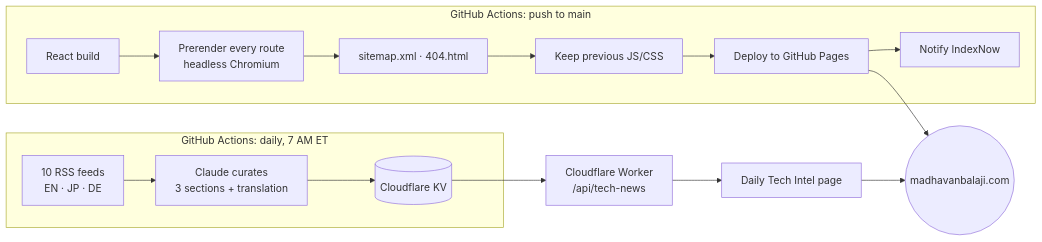
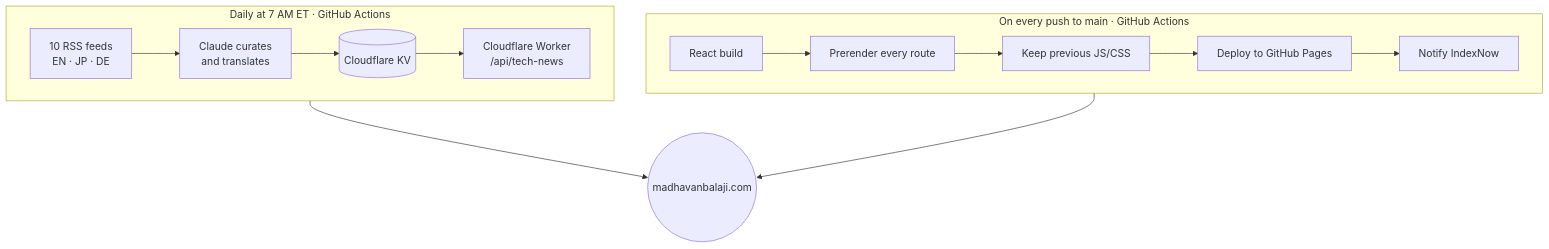
Before and after one commit to madhavanbalaji02/madhavan-portfolio: the diagram in README.md, drawn with Mermaid.

Commit message:
README: stack the architecture diagram vertically so it stays readable

````diff
--- a/README.md
+++ b/README.md
@@ -68,18 +68,13 @@
 ```mermaid
-flowchart LR
-  subgraph Build["GitHub Actions: push to main"]
-    A[React build] --> B[Prerender every route<br/>headless Chromium]
-    B --> C[sitemap.xml · 404.html]
-    C --> D[Keep previous JS/CSS]
-    D --> E[Deploy to GitHub Pages]
-    E --> F[Notify IndexNow]
+flowchart TB
+  subgraph Build["On every push to main · GitHub Actions"]
+    direction LR
+    A[React build] --> B[Prerender every route] --> C[Keep previous JS/CSS] --> D[Deploy to GitHub Pages] --> E[Notify IndexNow]
   end
-  subgraph News["GitHub Actions: daily, 7 AM ET"]
-    G[10 RSS feeds<br/>EN · JP · DE] --> H[Claude curates<br/>3 sections + translation]
-    H --> I[(Cloudflare KV)]
+  subgraph News["Daily at 7 AM ET · GitHub Actions"]
+    direction LR
+    F[10 RSS feeds<br/>EN · JP · DE] --> G[Claude curates<br/>and translates] --> H[(Cloudflare KV)] --> I[Cloudflare Worker<br/>/api/tech-news]
   end
-  I --> J[Cloudflare Worker<br/>/api/tech-news]
-  J --> K[Daily Tech Intel page]
-  E --> L((madhavanbalaji.com))
-  K --> L
+  D --> Site((madhavanbalaji.com))
+  I --> Site
 ```
````
